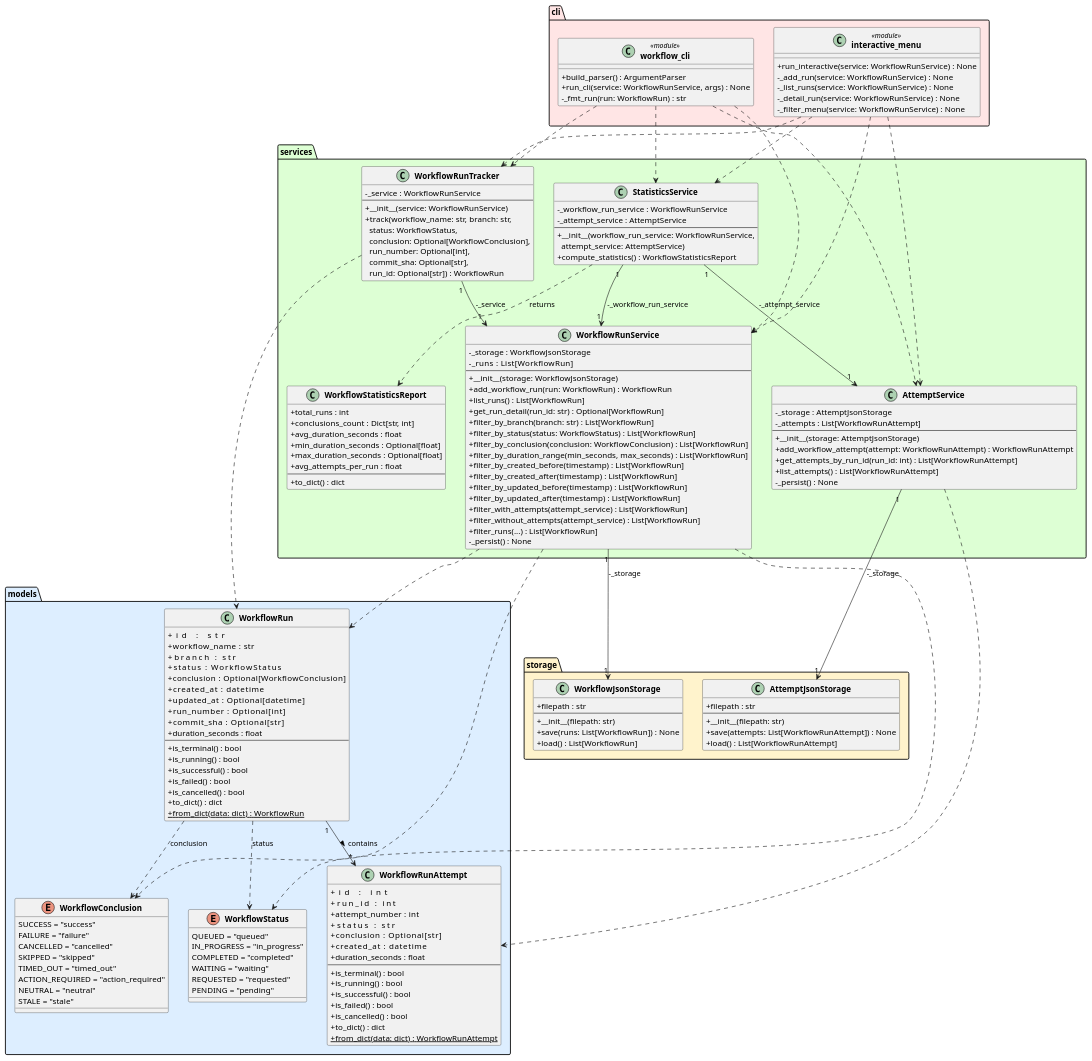
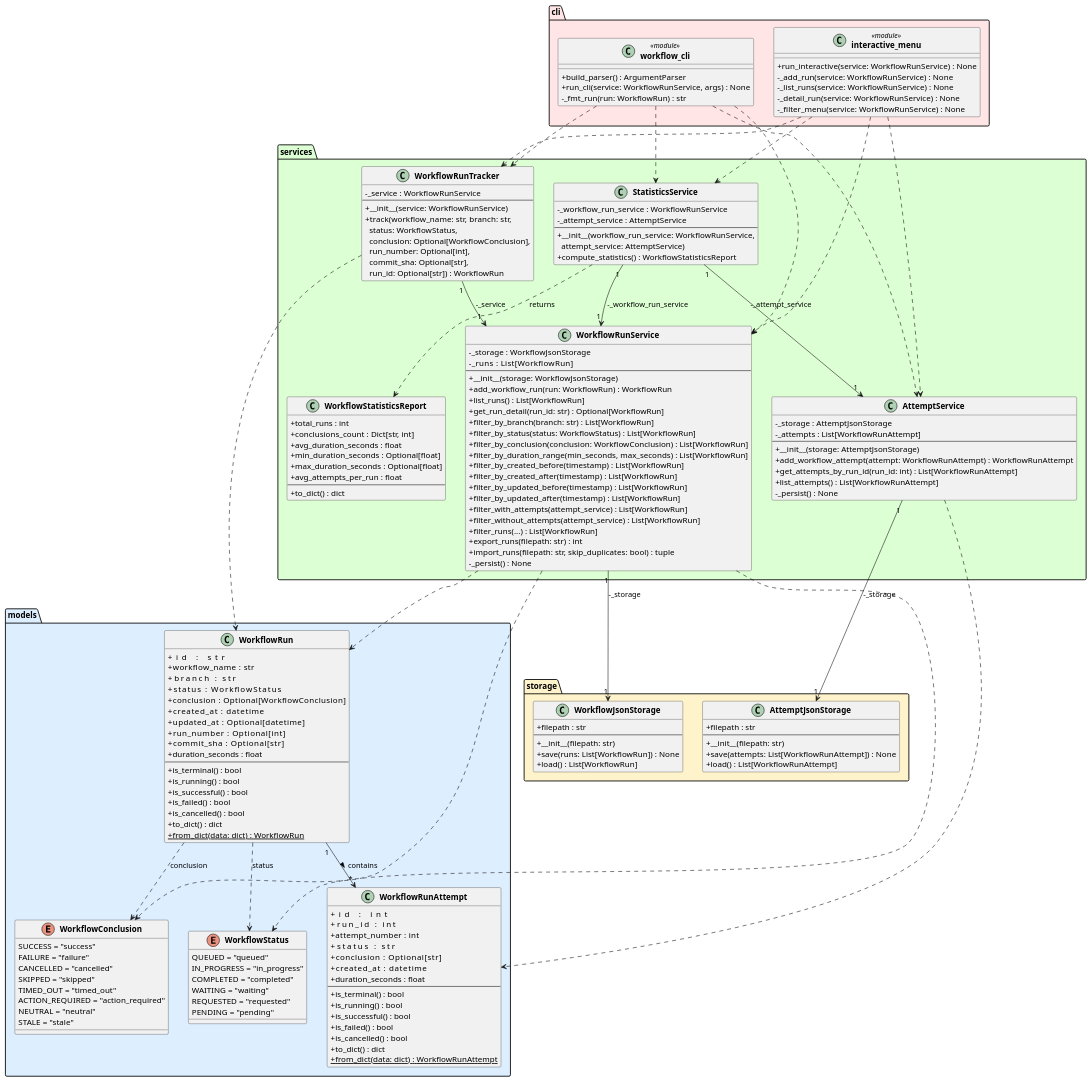
Before and after one commit to DanielRiha8906/Software_autoevolution_using_agents: the diagram in experiments/broadcast/structured_text/github-workflow-manager/artifacts/class_diagram.puml, drawn with PlantUML. The commit also changed 4 other files, not shown here.

```diff
--- a/experiments/broadcast/structured_text/github-workflow-manager/artifacts/class_diagram.puml
+++ b/experiments/broadcast/structured_text/github-workflow-manager/artifacts/class_diagram.puml
@@ -1,185 +1,187 @@
 @startuml class_diagram
 
 skinparam classAttributeIconSize 0
 skinparam classFontStyle bold
 
 package "models" #DDEEFF {
     enum WorkflowStatus {
         QUEUED = "queued"
         IN_PROGRESS = "in_progress"
         COMPLETED = "completed"
         WAITING = "waiting"
         REQUESTED = "requested"
         PENDING = "pending"
     }
 
     enum WorkflowConclusion {
         SUCCESS = "success"
         FAILURE = "failure"
         CANCELLED = "cancelled"
         SKIPPED = "skipped"
         TIMED_OUT = "timed_out"
         ACTION_REQUIRED = "action_required"
         NEUTRAL = "neutral"
         STALE = "stale"
     }
 
     class WorkflowRun {
         +id               : str
         +workflow_name    : str
         +branch           : str
         +status           : WorkflowStatus
         +conclusion       : Optional[WorkflowConclusion]
         +created_at       : datetime
         +updated_at       : Optional[datetime]
         +run_number       : Optional[int]
         +commit_sha       : Optional[str]
         +duration_seconds : float
         --
         +is_terminal() : bool
         +is_running() : bool
         +is_successful() : bool
         +is_failed() : bool
         +is_cancelled() : bool
         +to_dict() : dict
         +{static} from_dict(data: dict) : WorkflowRun
     }
 
     class WorkflowRunAttempt {
         +id               : int
         +run_id           : int
         +attempt_number   : int
         +status           : str
         +conclusion       : Optional[str]
         +created_at       : datetime
         +duration_seconds : float
         --
         +is_terminal() : bool
         +is_running() : bool
         +is_successful() : bool
         +is_failed() : bool
         +is_cancelled() : bool
         +to_dict() : dict
         +{static} from_dict(data: dict) : WorkflowRunAttempt
     }
 }
 
 package "storage" #FFF3CC {
     class WorkflowJsonStorage {
         +filepath : str
         --
         +__init__(filepath: str)
         +save(runs: List[WorkflowRun]) : None
         +load() : List[WorkflowRun]
     }
 
     class AttemptJsonStorage {
         +filepath : str
         --
         +__init__(filepath: str)
         +save(attempts: List[WorkflowRunAttempt]) : None
         +load() : List[WorkflowRunAttempt]
     }
 }
 
 package "services" #DDFFD4 {
     class WorkflowRunService {
         -_storage : WorkflowJsonStorage
         -_runs    : List[WorkflowRun]
         --
         +__init__(storage: WorkflowJsonStorage)
         +add_workflow_run(run: WorkflowRun) : WorkflowRun
         +list_runs() : List[WorkflowRun]
         +get_run_detail(run_id: str) : Optional[WorkflowRun]
         +filter_by_branch(branch: str) : List[WorkflowRun]
         +filter_by_status(status: WorkflowStatus) : List[WorkflowRun]
         +filter_by_conclusion(conclusion: WorkflowConclusion) : List[WorkflowRun]
         +filter_by_duration_range(min_seconds, max_seconds) : List[WorkflowRun]
         +filter_by_created_before(timestamp) : List[WorkflowRun]
         +filter_by_created_after(timestamp) : List[WorkflowRun]
         +filter_by_updated_before(timestamp) : List[WorkflowRun]
         +filter_by_updated_after(timestamp) : List[WorkflowRun]
         +filter_with_attempts(attempt_service) : List[WorkflowRun]
         +filter_without_attempts(attempt_service) : List[WorkflowRun]
         +filter_runs(...) : List[WorkflowRun]
+        +export_runs(filepath: str) : int
+        +import_runs(filepath: str, skip_duplicates: bool) : tuple
         -_persist() : None
     }
 
     class WorkflowRunTracker {
         -_service : WorkflowRunService
         --
         +__init__(service: WorkflowRunService)
         +track(workflow_name: str, branch: str,\n  status: WorkflowStatus,\n  conclusion: Optional[WorkflowConclusion],\n  run_number: Optional[int],\n  commit_sha: Optional[str],\n  run_id: Optional[str]) : WorkflowRun
     }
 
     class AttemptService {
         -_storage : AttemptJsonStorage
         -_attempts : List[WorkflowRunAttempt]
         --
         +__init__(storage: AttemptJsonStorage)
         +add_workflow_attempt(attempt: WorkflowRunAttempt) : WorkflowRunAttempt
         +get_attempts_by_run_id(run_id: int) : List[WorkflowRunAttempt]
         +list_attempts() : List[WorkflowRunAttempt]
         -_persist() : None
     }
 
     class WorkflowStatisticsReport {
         +total_runs : int
         +conclusions_count : Dict[str, int]
         +avg_duration_seconds : float
         +min_duration_seconds : Optional[float]
         +max_duration_seconds : Optional[float]
         +avg_attempts_per_run : float
         --
         +to_dict() : dict
     }
 
     class StatisticsService {
         -_workflow_run_service : WorkflowRunService
         -_attempt_service : AttemptService
         --
         +__init__(workflow_run_service: WorkflowRunService,\n  attempt_service: AttemptService)
         +compute_statistics() : WorkflowStatisticsReport
     }
 }
 
 package "cli" #FFE5E5 {
     class "workflow_cli" <<module>> {
         +build_parser() : ArgumentParser
         +run_cli(service: WorkflowRunService, args) : None
         -_fmt_run(run: WorkflowRun) : str
     }
 
     class "interactive_menu" <<module>> {
         +run_interactive(service: WorkflowRunService) : None
         -_add_run(service: WorkflowRunService) : None
         -_list_runs(service: WorkflowRunService) : None
         -_detail_run(service: WorkflowRunService) : None
         -_filter_menu(service: WorkflowRunService) : None
     }
 }
 
 WorkflowRun                "1" --> "*" WorkflowRunAttempt   : contains >
 WorkflowRun                ..>  WorkflowStatus        : status
 WorkflowRun                ..>  WorkflowConclusion    : conclusion
 WorkflowRunService    "1" --> "1" WorkflowJsonStorage : -_storage
 WorkflowRunService         ..>  WorkflowRun
 WorkflowRunService         ..>  WorkflowStatus
 WorkflowRunService         ..>  WorkflowConclusion
 WorkflowRunTracker    "1" --> "1" WorkflowRunService  : -_service
 WorkflowRunTracker         ..>  WorkflowRun
 AttemptService       "1" --> "1" AttemptJsonStorage   : -_storage
 AttemptService             ..>  WorkflowRunAttempt
 StatisticsService    "1" --> "1" WorkflowRunService  : -_workflow_run_service
 StatisticsService    "1" --> "1" AttemptService      : -_attempt_service
 StatisticsService          ..>  WorkflowStatisticsReport : returns
 "workflow_cli"             ..>  WorkflowRunService
 "workflow_cli"             ..>  WorkflowRunTracker
 "workflow_cli"             ..>  AttemptService
 "workflow_cli"             ..>  StatisticsService
 "interactive_menu"         ..>  WorkflowRunService
 "interactive_menu"         ..>  WorkflowRunTracker
 "interactive_menu"         ..>  AttemptService
 "interactive_menu"         ..>  StatisticsService
 
 @enduml
```
